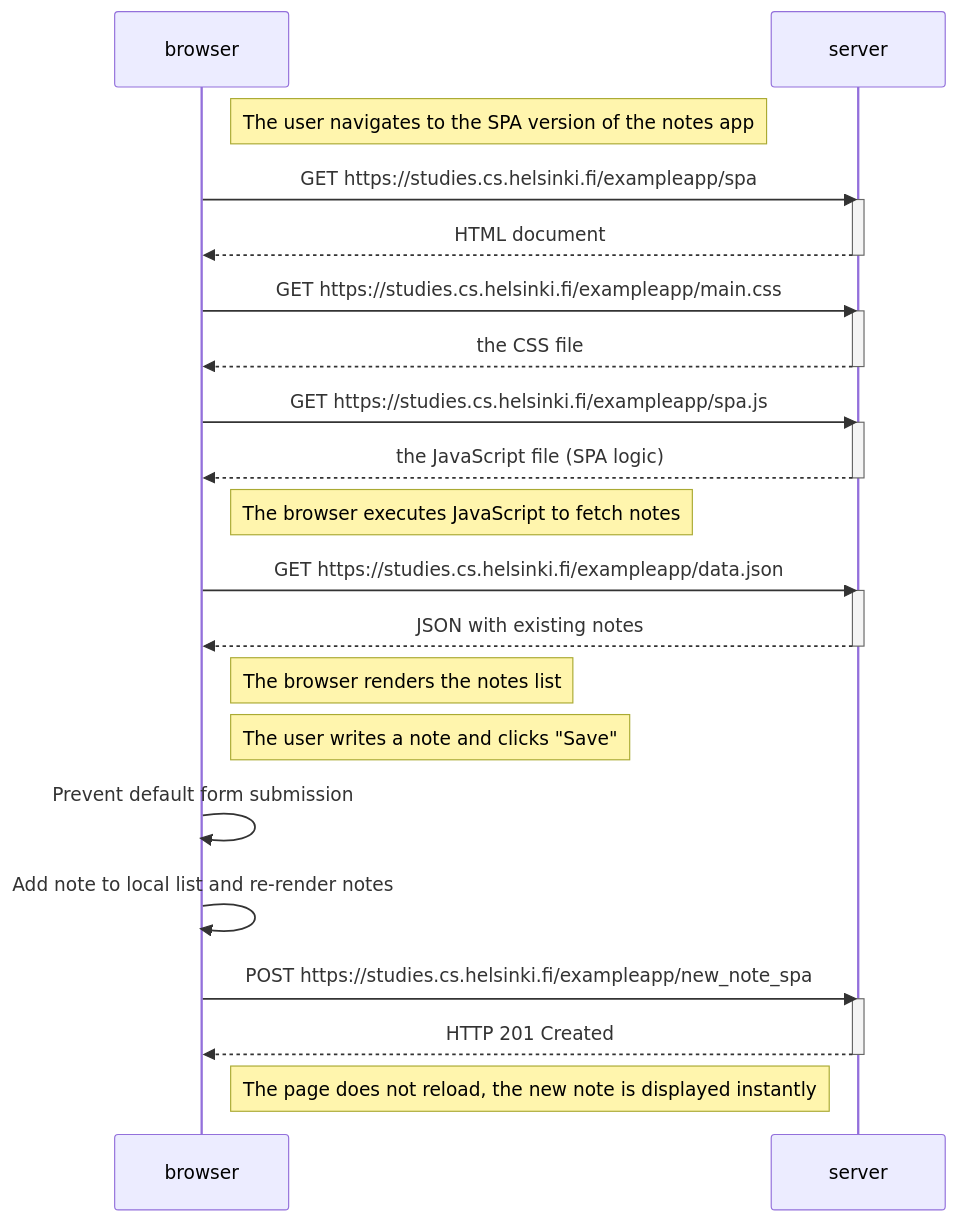
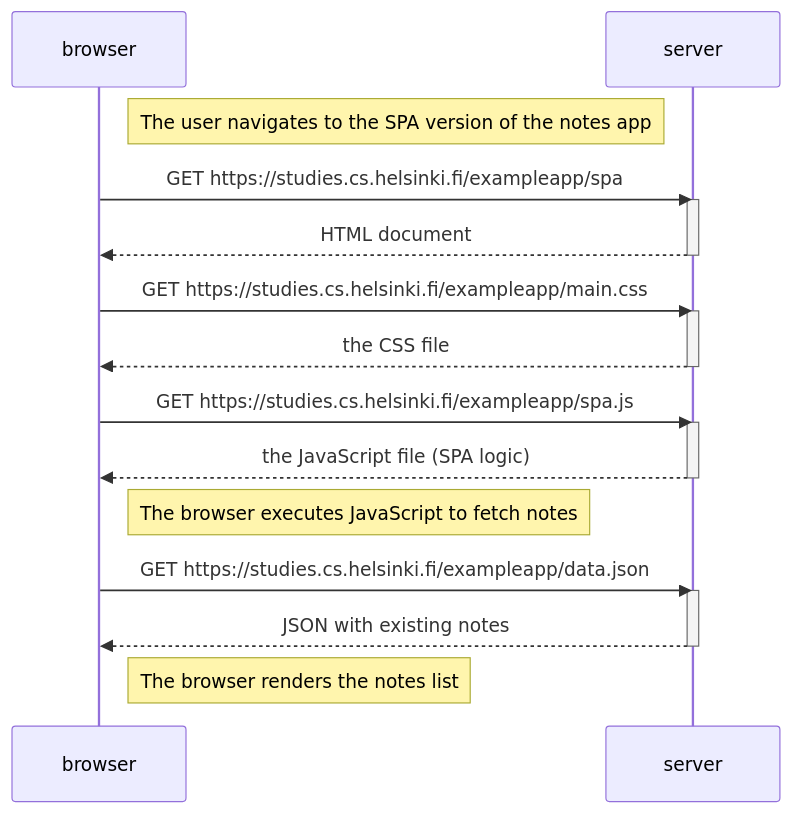
The diagram in part0/exercise_0_5.md (fjramirez1/FullStackOpen), drawn with Mermaid before and after one commit.

Commit message:
Exercise 0.5

````diff
--- a/part0/exercise_0_5.md
+++ b/part0/exercise_0_5.md
@@ -1,39 +1,29 @@
 ```mermaid
 sequenceDiagram
     participant browser
     participant server
 
     Note right of browser: The user navigates to the SPA version of the notes app
     browser->>server: GET https://studies.cs.helsinki.fi/exampleapp/spa
     activate server
     server-->>browser: HTML document
     deactivate server
 
     browser->>server: GET https://studies.cs.helsinki.fi/exampleapp/main.css
     activate server
     server-->>browser: the CSS file
     deactivate server
 
     browser->>server: GET https://studies.cs.helsinki.fi/exampleapp/spa.js
     activate server
     server-->>browser: the JavaScript file (SPA logic)
     deactivate server
 
     Note right of browser: The browser executes JavaScript to fetch notes
     browser->>server: GET https://studies.cs.helsinki.fi/exampleapp/data.json
     activate server
     server-->>browser: JSON with existing notes
     deactivate server
 
     Note right of browser: The browser renders the notes list
-
-    Note right of browser: The user writes a note and clicks "Save"
-    browser->>browser: Prevent default form submission
-    browser->>browser: Add note to local list and re-render notes
-    browser->>server: POST https://studies.cs.helsinki.fi/exampleapp/new_note_spa
-    activate server
-    server-->>browser: HTTP 201 Created
-    deactivate server
-
-    Note right of browser: The page does not reload, the new note is displayed instantly
 ```
````
